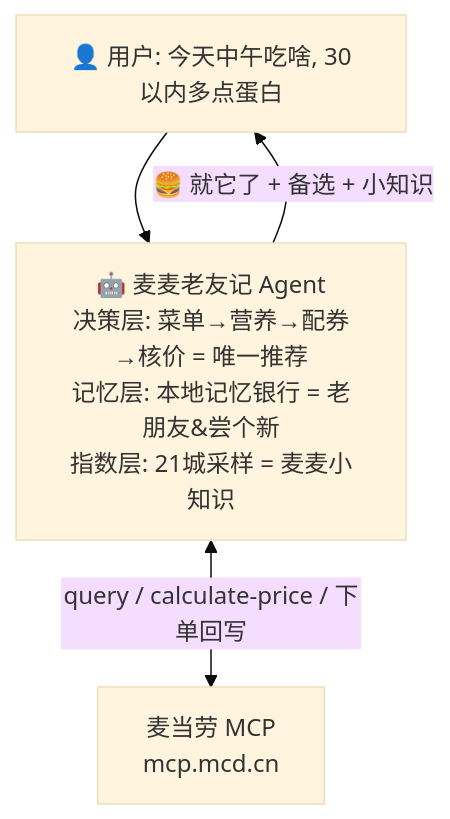
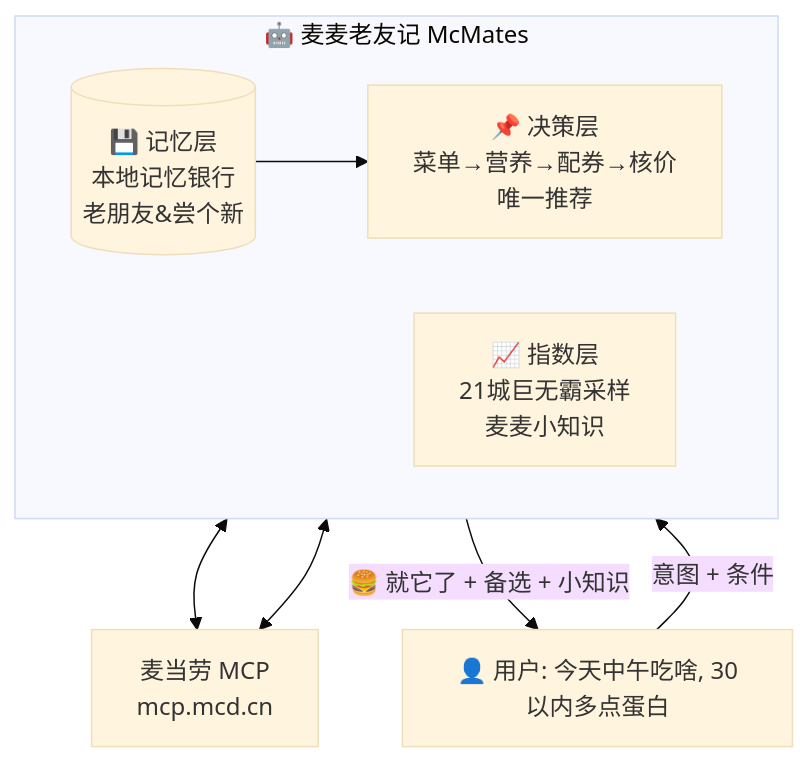
Before and after one commit to zhuxian518/mcd-1024-skill: the diagram in README.md, drawn with Mermaid (base theme).

Commit message:
docs: 架构图改为子图横排三列布局

````diff
--- a/README.md
+++ b/README.md
@@ -36,6 +36,17 @@
 ```mermaid
 flowchart TD
-    U["👤 用户: 今天中午吃啥, 30以内多点蛋白"] --> A["🤖 麦麦老友记 Agent<br/>决策层: 菜单→营养→配券→核价 = 唯一推荐<br/>记忆层: 本地记忆银行 = 老朋友&尝个新<br/>指数层: 21城采样 = 麦麦小知识"]
-    A <-->|"query / calculate-price / 下单回写"| M["麦当劳 MCP<br/>mcp.mcd.cn"]
-    A -->|"🍔 就它了 + 备选 + 小知识"| U
+    U["👤 用户: 今天中午吃啥, 30以内多点蛋白"]
+    subgraph S["🤖 麦麦老友记 McMates"]
+        direction LR
+        D["📌 决策层<br/>菜单→营养→配券→核价<br/>唯一推荐"]
+        M2[("💾 记忆层<br/>本地记忆银行<br/>老朋友&尝个新")]
+        X["📈 指数层<br/>21城巨无霸采样<br/>麦麦小知识"]
+    end
+    M["麦当劳 MCP<br/>mcp.mcd.cn"]
+
+    U -->|"意图 + 条件"| S
+    D <--> M
+    X <--> M
+    M2 --> D
+    S -->|"🍔 就它了 + 备选 + 小知识"| U
 ```
````
